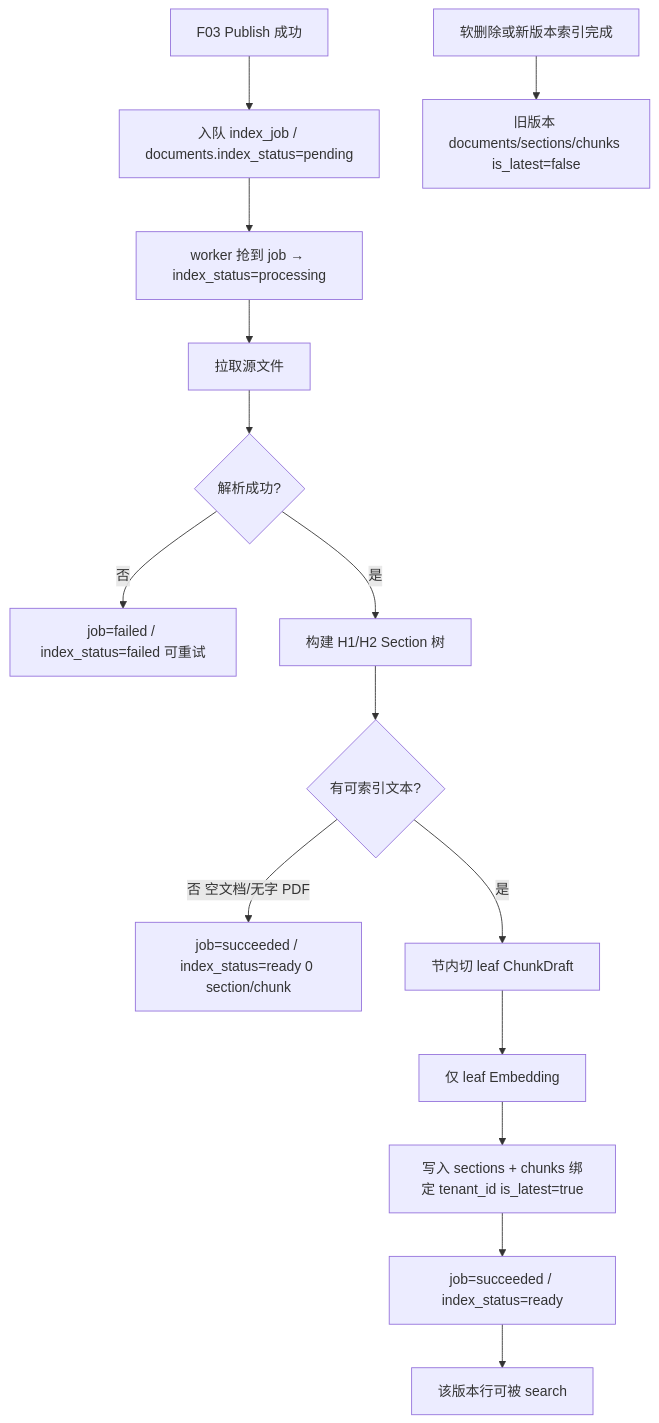
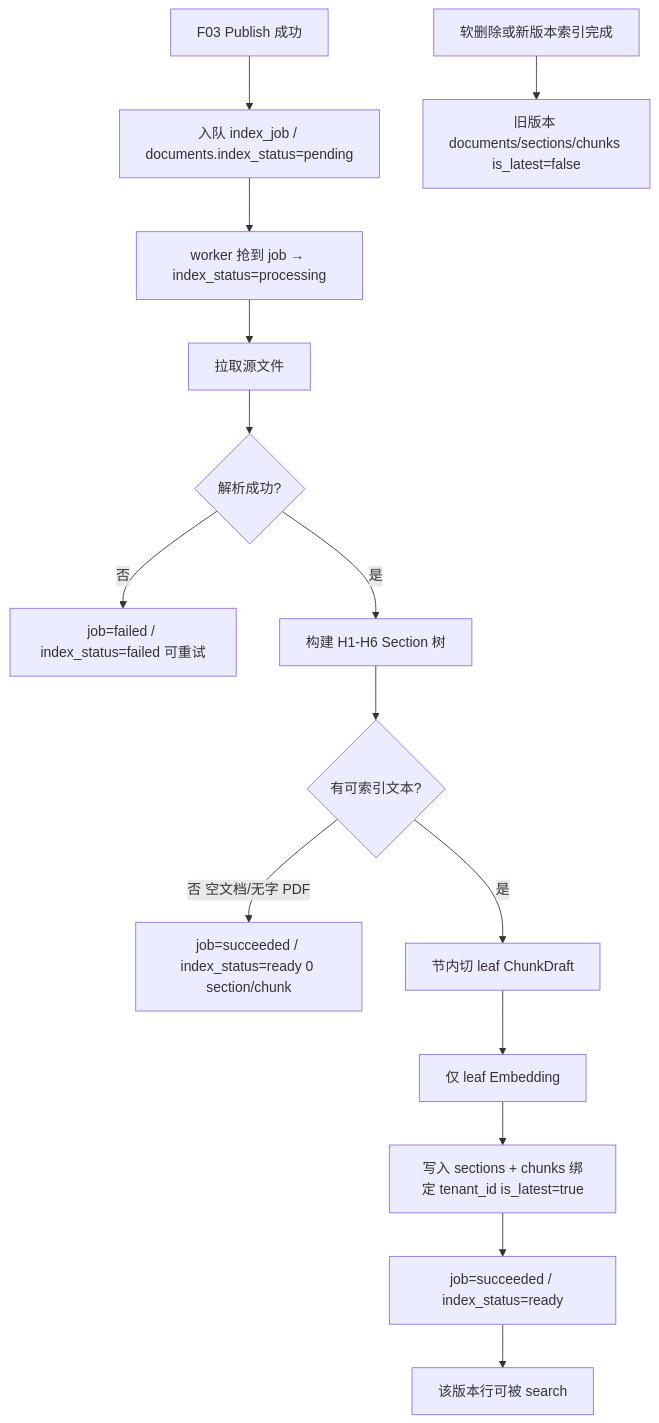
The first of 3 diagrams in docs/specs/phase1/features/F04-doc-indexing.md (zmisi/rag-as-service), drawn with Mermaid before and after one commit. The commit also changed other lines of this file and 33 other files, not shown here.

````diff
--- a/docs/specs/phase1/features/F04-doc-indexing.md
+++ b/docs/specs/phase1/features/F04-doc-indexing.md
@@ -43,18 +43,18 @@
 ```mermaid
 flowchart TD
   A[F03 Publish 成功] --> B[入队 index_job / documents.index_status=pending]
   B --> C[worker 抢到 job → index_status=processing]
   C --> D[拉取源文件]
   D --> E{解析成功?}
   E -->|否| E1[job=failed / index_status=failed 可重试]
-  E -->|是| S[构建 H1/H2 Section 树]
+  E -->|是| S[构建 H1-H6 Section 树]
   S --> F{有可索引文本?}
   F -->|否 空文档/无字 PDF| I0[job=succeeded / index_status=ready 0 section/chunk]
   F -->|是| G[节内切 leaf ChunkDraft]
   G --> H[仅 leaf Embedding]
   H --> W[写入 sections + chunks 绑定 tenant_id is_latest=true]
   W --> I[job=succeeded / index_status=ready]
   I --> J[该版本行可被 search]
 
   K[软删除或新版本索引完成] --> L[旧版本 documents/sections/chunks is_latest=false]
 ```
````
